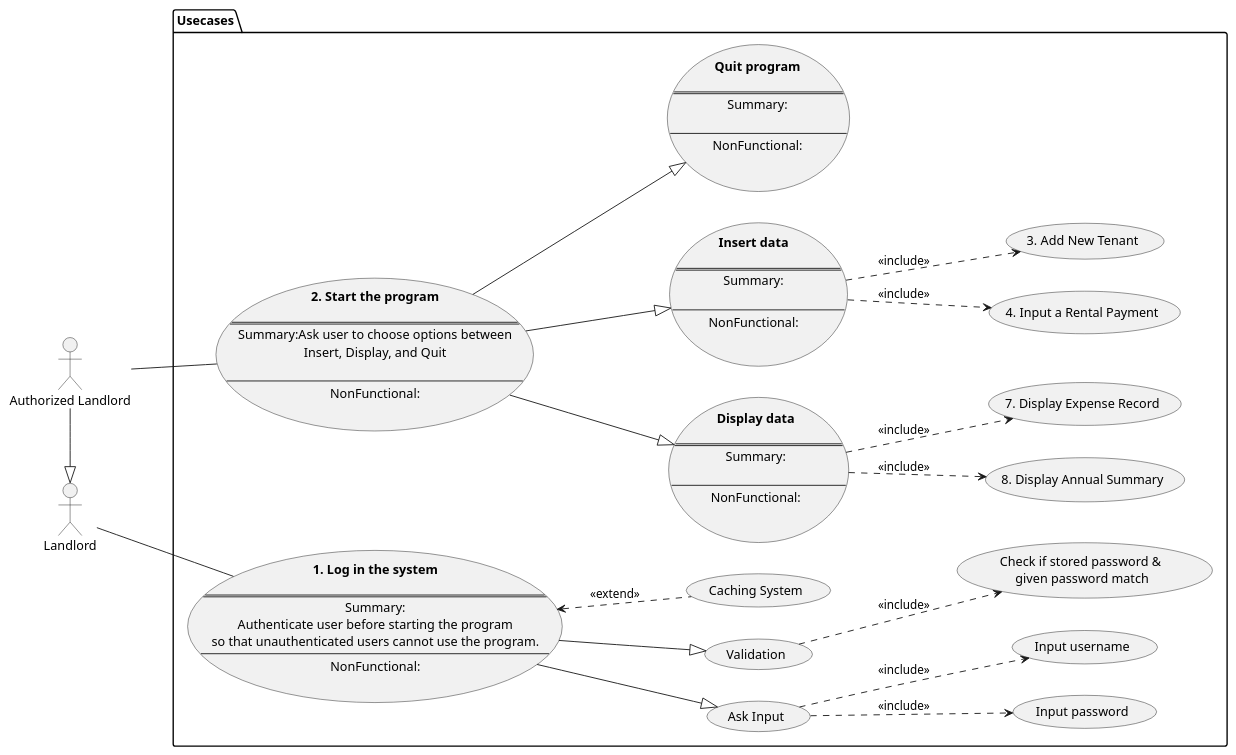
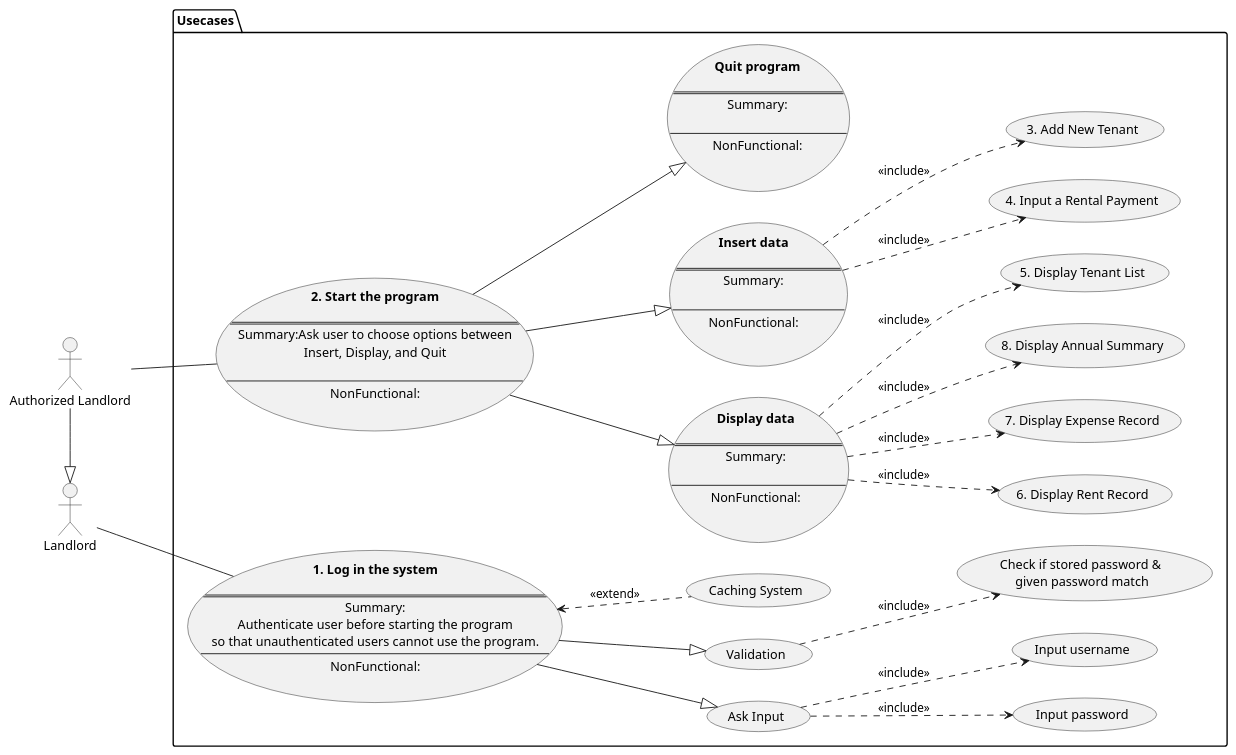
Before and after one commit to ben9543/CECS-343-Capstone-Project: the diagram in activity2/usecase.puml, drawn with PlantUML. The commit also changed 14 other files, not shown here.

```diff
--- a/activity2/usecase.puml
+++ b/activity2/usecase.puml
@@ -1,80 +1,85 @@
 @startuml ben
 left to right direction
 actor Landlord as L
 actor "Authorized Landlord" as AL
 package "Usecases" {
     
     usecase LogIn as "**1. Log in the system**\n
     ==
     Summary:\nAuthenticate user before starting the program\nso that unauthenticated users cannot use the program.
     --
     NonFunctional:\n
     "
     (Ask Input) as AI
     (Validation) as V
     (Caching System) as Cache
     LogIn --|>AI
     LogIn --|>V
     LogIn <.. Cache: "<<extend>>"
     AI ..>(Input username): "<<include>>"
     AI ..>(Input password): "<<include>>"
     V ..>(Check if stored password & \ngiven password match): "<<include>>"
 
     usecase Start as "**2. Start the program**\n
     ==
     Summary:Ask user to choose options between\nInsert, Display, and Quit\n
     --
     NonFunctional:\n"
 
     usecase Display as "**Display data**\n
     ==
     Summary:\n
     --
     NonFunctional:\n
     "
 
+    (5. Display Tenant List) as DTL
+    (6. Display Rent Record) as DRR
     (7. Display Expense Record) as DER
     (8. Display Annual Summary) as DAS
+    
+    Display ..>(DTL): "<<include>>"
+    Display ..>(DRR): "<<include>>"
     Display ..>(DER): "<<include>>"
     Display ..>(DAS): "<<include>>"
 
     /'
     DER ..> (Month Date): "<<include>>"
     DER ..> (Budget Category): "<<include>>"
     DER ..> (Payee): "<<include>>"
     DER ..> (Amount): "<<include>>"
 
     DAS ..> (Display Table): "<<include>>"
     DAS ..> (Display budget): "<<include>>"
     DAS ..> (Display balance): "<<include>>"
     '/
 
     usecase InsertData as "**Insert data**\n
     ==
     Summary:\n
     --
     NonFunctional:\n
     "
     (3. Add New Tenant) as ANT
     (4. Input a Rental Payment) as IRP
     InsertData ..> ANT: "<<include>>"
     InsertData ..> IRP: "<<include>>"
 
     usecase Quit as "**Quit program**\n
     ==
     Summary:\n
     --
     NonFunctional:\n
     "
 }
 
 
 AL -|> L
 L -- LogIn
 AL -- Start
 
 Start --|> Display
 Start --|> InsertData
 Start --|> Quit
 
 @enduml
```
